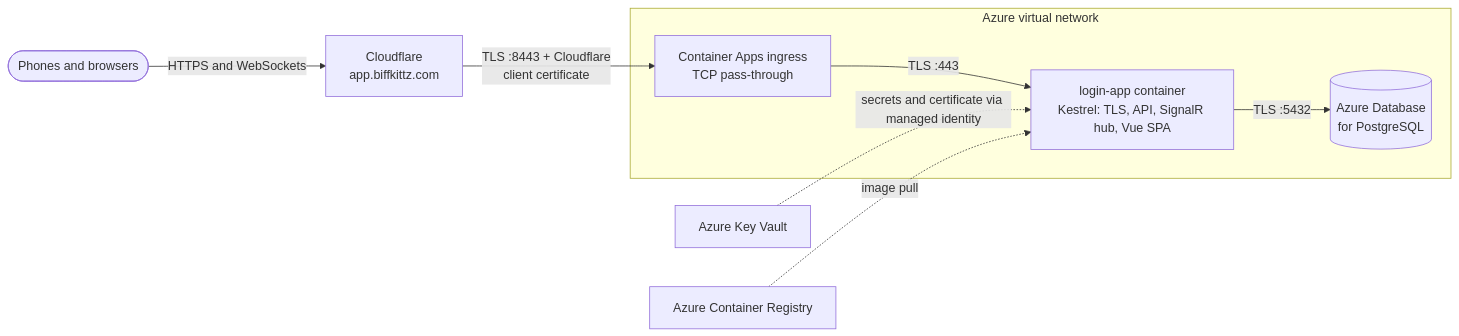
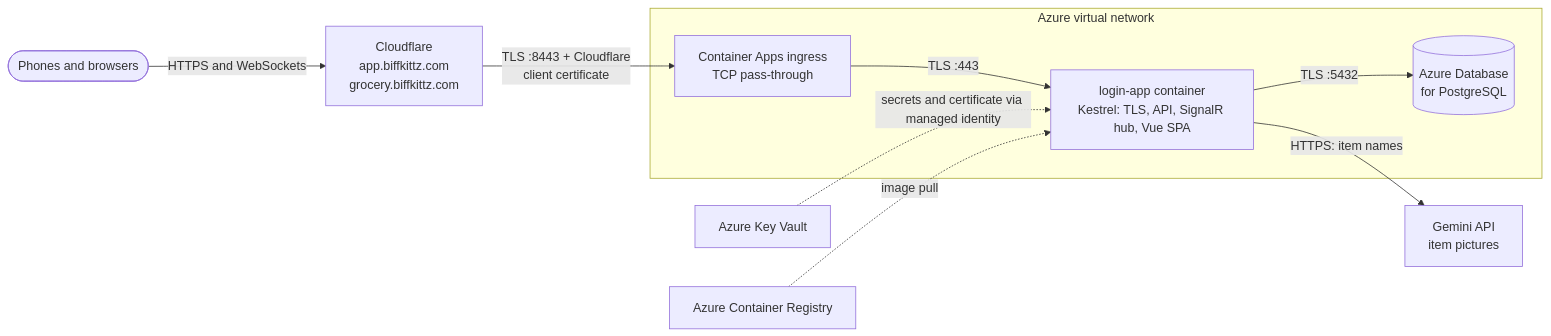
One commit to biffkittz/login-app changed the diagram in README.md. Above: the diagram before and after it, drawn with Mermaid. The commit also changed other lines of this file and 101 other files, not shown here.

````diff
--- a/README.md
+++ b/README.md
@@ -18,11 +21,12 @@
 ```mermaid
 flowchart LR
-  user([Phones and browsers]) -->|"HTTPS and WebSockets"| cf[Cloudflare<br/>app.biffkittz.com]
+  user([Phones and browsers]) -->|"HTTPS and WebSockets"| cf[Cloudflare<br/>app.biffkittz.com<br/>grocery.biffkittz.com]
   cf -->|"TLS :8443 + Cloudflare<br/>client certificate"| ingress[Container Apps ingress<br/>TCP pass-through]
   subgraph vnet[Azure virtual network]
     ingress -->|"TLS :443"| app[login-app container<br/>Kestrel: TLS, API, SignalR hub, Vue SPA]
     app -->|TLS :5432| pg[(Azure Database<br/>for PostgreSQL)]
   end
   kv[Azure Key Vault] -.->|secrets and certificate via managed identity| app
   acr[Azure Container Registry] -.->|image pull| app
+  app -->|"HTTPS: item names"| gemini[Gemini API<br/>item pictures]
 ```
````
